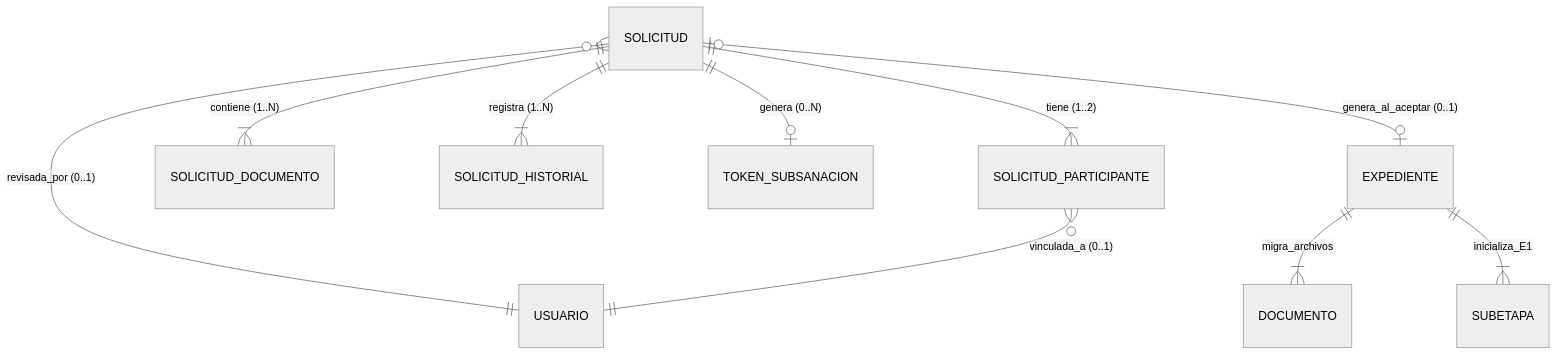
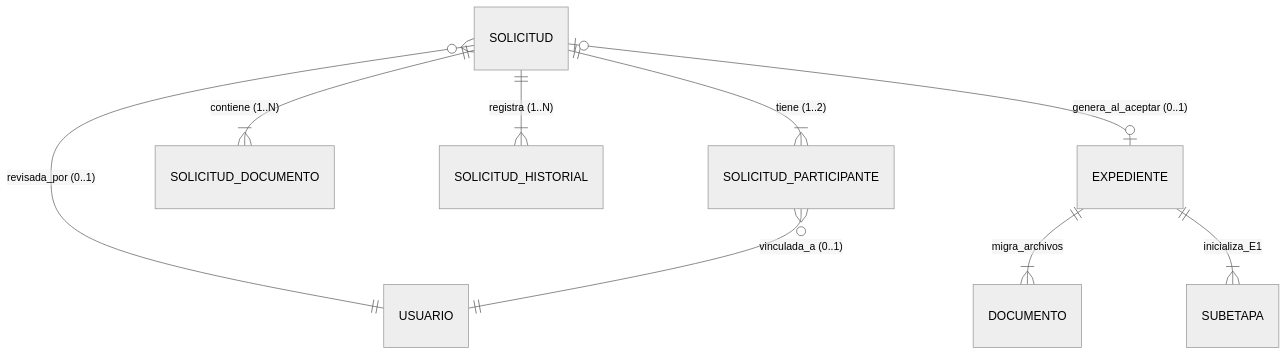
One commit to grupo10pis2026-byte/situnsa changed the second of 3 diagrams in docs/05-sdd/modulo-obtencion-datos/spec.md. Above: the diagram before and after it, drawn with Mermaid (neutral theme). The commit also changed other lines of this file and 5 other files, not shown here.

````diff
--- a/docs/05-sdd/modulo-obtencion-datos/spec.md
+++ b/docs/05-sdd/modulo-obtencion-datos/spec.md
@@ -73,12 +81,11 @@
 ```mermaid
 erDiagram
     SOLICITUD ||--|{ SOLICITUD_PARTICIPANTE : "tiene (1..2)"
     SOLICITUD ||--|{ SOLICITUD_DOCUMENTO : "contiene (1..N)"
     SOLICITUD ||--|{ SOLICITUD_HISTORIAL : "registra (1..N)"
-    SOLICITUD ||--o| TOKEN_SUBSANACION : "genera (0..N)"
     SOLICITUD }o--|| USUARIO : "revisada_por (0..1)"
     SOLICITUD_PARTICIPANTE }o--|| USUARIO : "vinculada_a (0..1)"
     SOLICITUD |o--o| EXPEDIENTE : "genera_al_aceptar (0..1)"
     EXPEDIENTE ||--|{ DOCUMENTO : "migra_archivos"
     EXPEDIENTE ||--|{ SUBETAPA : "inicializa_E1"
 ```
````
